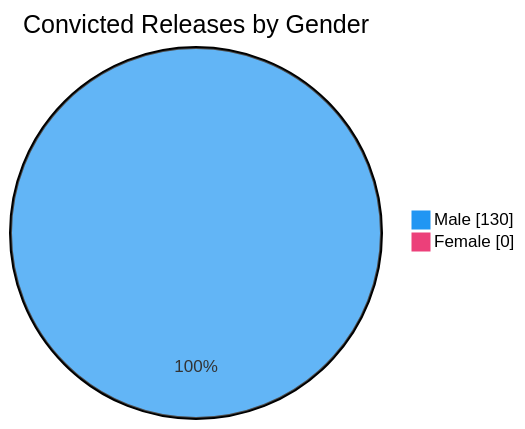
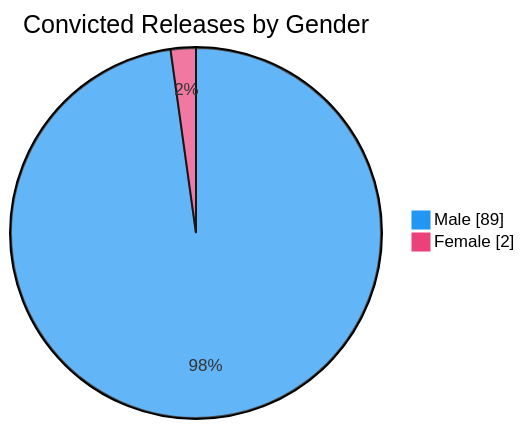
The sixth of 7 diagrams in README.md (nuuuwan/lk_prisons), drawn with Mermaid before and after one commit. The commit also changed other lines of this file and 1 other file, not shown here.

````diff
--- a/README.md
+++ b/README.md
@@ -98,6 +98,6 @@
 ```mermaid
 %%{init: {'themeVariables': {'pie1': '#2196F3', 'pie2': '#EC407A'}}}%%
 pie showData title Convicted Releases by Gender
-    "Male" : 130
-    "Female" : 0
+    "Male" : 89
+    "Female" : 2
 ```
````
